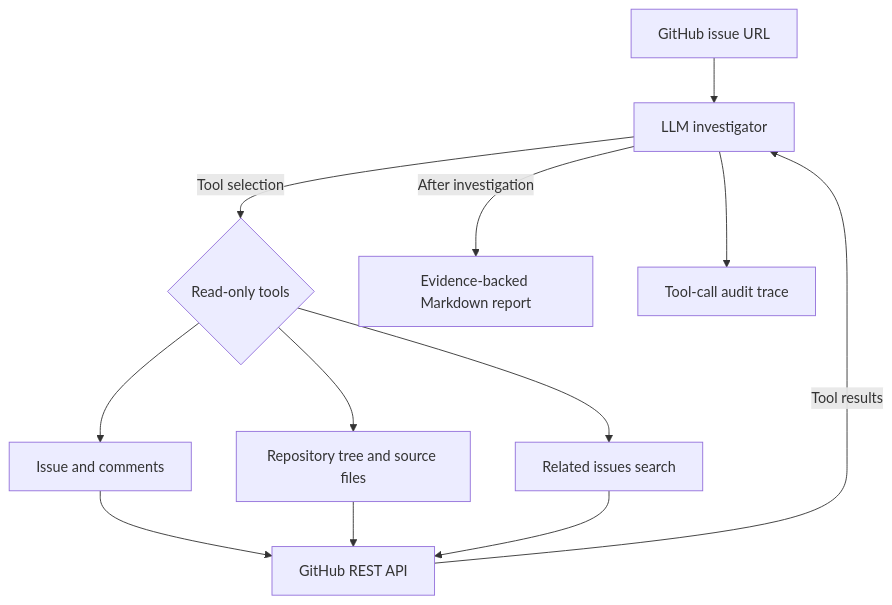
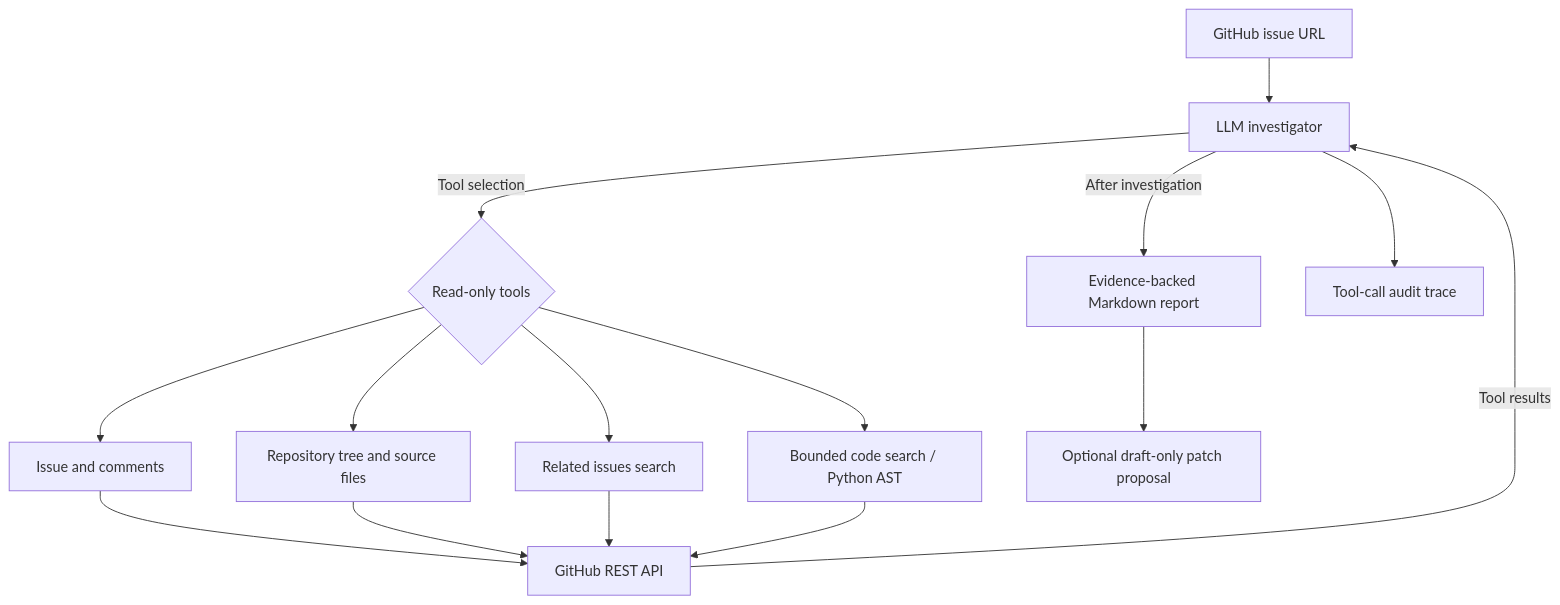
One commit to nfang-dev/issuepilot-agent changed the diagram in README.md. Above: the diagram before and after it, drawn with Mermaid. The commit also changed other lines of this file and 6 other files, not shown here.

Commit message:
Upgrade IssuePilot V2 with bounded code search, Python AST analysis and draft patch proposals

````diff
--- a/README.md
+++ b/README.md
@@ -51,14 +69,17 @@
 ```mermaid
 flowchart TD
     U[GitHub issue URL] --> A[LLM investigator]
     A -->|Tool selection| T{Read-only tools}
     T --> I[Issue and comments]
     T --> F[Repository tree and source files]
     T --> S[Related issues search]
+    T --> X[Bounded code search / Python AST]
     I --> G[GitHub REST API]
     F --> G
     S --> G
+    X --> G
     G -->|Tool results| A
     A -->|After investigation| R[Evidence-backed Markdown report]
     A --> L[Tool-call audit trace]
+    R --> P[Optional draft-only patch proposal]
 ```
````
